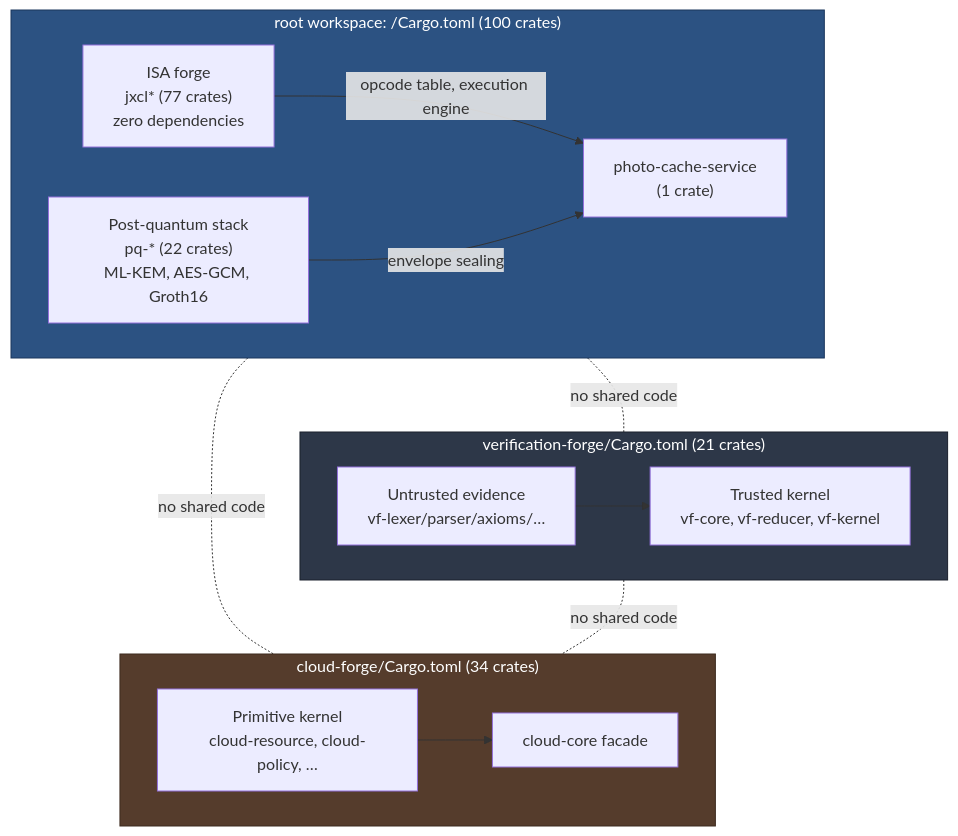
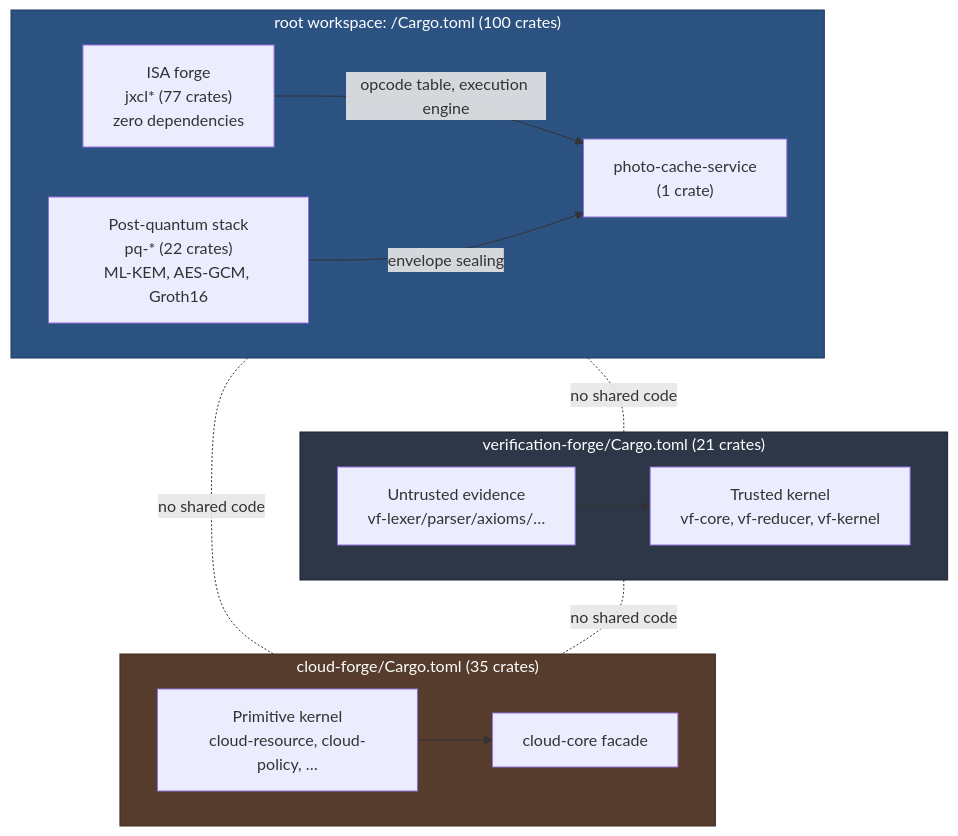
The first of 5 diagrams in README.md (SNAPKITTYAGENT9NOVA/tlm-jxcl-forge), drawn with Mermaid before and after one commit. The commit also changed other lines of this file and 5 other files, not shown here.

First line of the commit message:
cloud-forge: Phase 12, cloud-orchestration (first cross-service composition)

````diff
--- a/README.md
+++ b/README.md
@@ -69,33 +69,33 @@
 ```mermaid
 flowchart TB
     subgraph ROOT["root workspace: /Cargo.toml (100 crates)"]
         direction LR
         isa["ISA forge<br/>jxcl* (77 crates)<br/>zero dependencies"]
         pq["Post-quantum stack<br/>pq-* (22 crates)<br/>ML-KEM, AES-GCM, Groth16"]
         svc["photo-cache-service<br/>(1 crate)"]
         isa -->|opcode table, execution engine| svc
         pq -->|envelope sealing| svc
     end
 
     subgraph VF["verification-forge/Cargo.toml (21 crates)"]
         direction LR
         vfk["Trusted kernel<br/>vf-core, vf-reducer, vf-kernel"]
         vfe["Untrusted evidence<br/>vf-lexer/parser/axioms/…"]
         vfe --> vfk
     end
 
-    subgraph CF["cloud-forge/Cargo.toml (34 crates)"]
+    subgraph CF["cloud-forge/Cargo.toml (35 crates)"]
         direction LR
         cfk["Primitive kernel<br/>cloud-resource, cloud-policy, …"]
         cfc["cloud-core facade"]
         cfk --> cfc
     end
 
     ROOT -.no shared code.- VF
     ROOT -.no shared code.- CF
     VF -.no shared code.- CF
 
     style ROOT fill:#2c5282,color:#fff,stroke:#1a365d
     style VF fill:#2d3748,color:#fff,stroke:#1a202c
     style CF fill:#553c2c,color:#fff,stroke:#3d2b1f
 ```
````
